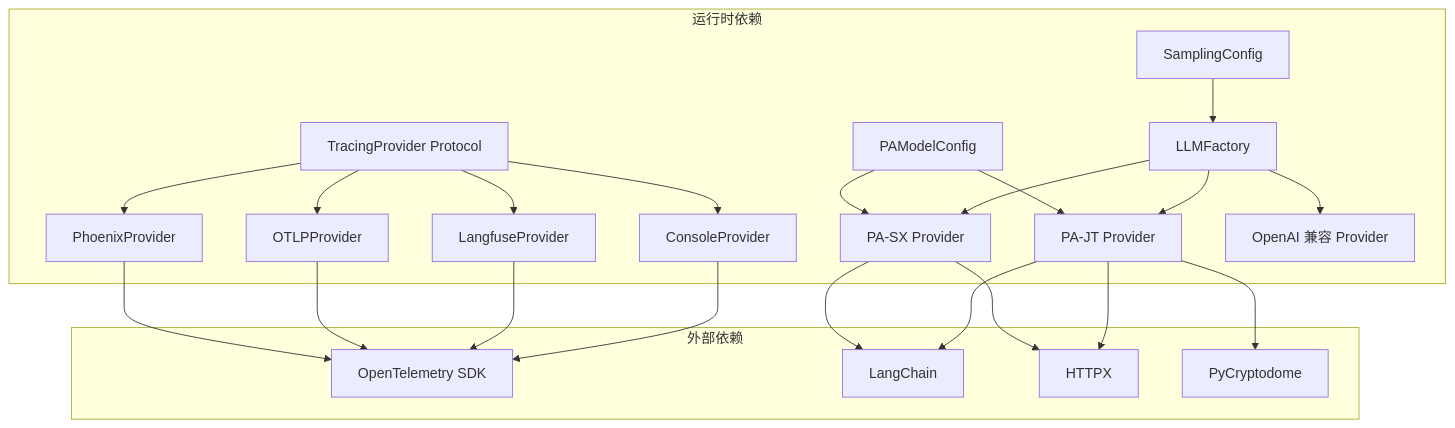
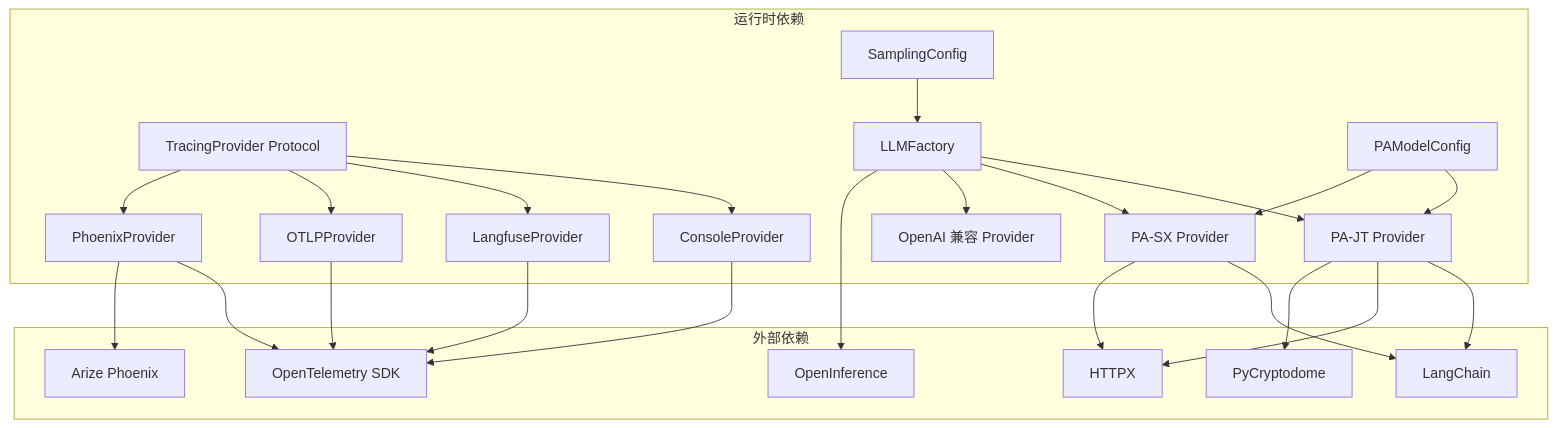
One commit to YU-JI-KUI/ark-agentic changed diagram 11 of 11 in repowiki/zh/content/核心框架/多 Provider 支持.md. Above: the diagram before and after it, drawn with Mermaid. The commit also changed other lines of this file and 6 other files, not shown here.

````diff
--- a/repowiki/zh/content/核心框架/多 Provider 支持.md
+++ b/repowiki/zh/content/核心框架/多 Provider 支持.md
@@ -357,30 +369,34 @@
 ```mermaid
 graph TB
 subgraph "运行时依赖"
 A[TracingProvider Protocol] --> B[ConsoleProvider]
 A --> C[LangfuseProvider]
 A --> D[OTLPProvider]
 A --> E[PhoenixProvider]
 F[LLMFactory] --> G[PA-JT Provider]
 F --> H[PA-SX Provider]
 F --> I[OpenAI 兼容 Provider]
 J[SamplingConfig] --> F
 K[PAModelConfig] --> G
 K --> H
 end
 subgraph "外部依赖"
 L[OpenTelemetry SDK]
 M[LangChain]
 N[HTTPX]
 O[PyCryptodome]
+P[OpenInference]
+Q[Arize Phoenix]
 end
 B --> L
 C --> L
 D --> L
 E --> L
 G --> M
 H --> M
 G --> N
 H --> N
 G --> O
+F --> P
+E --> Q
 ```
````
